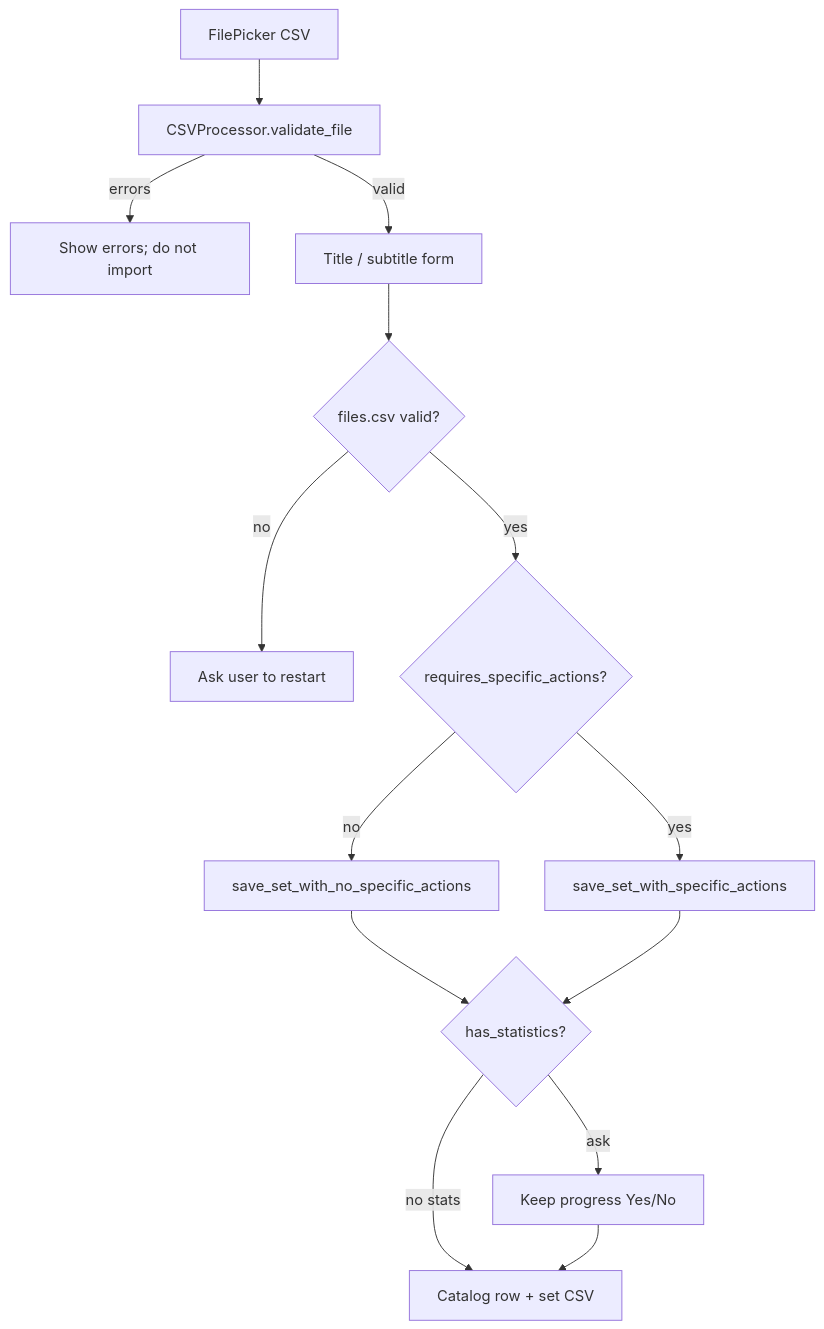
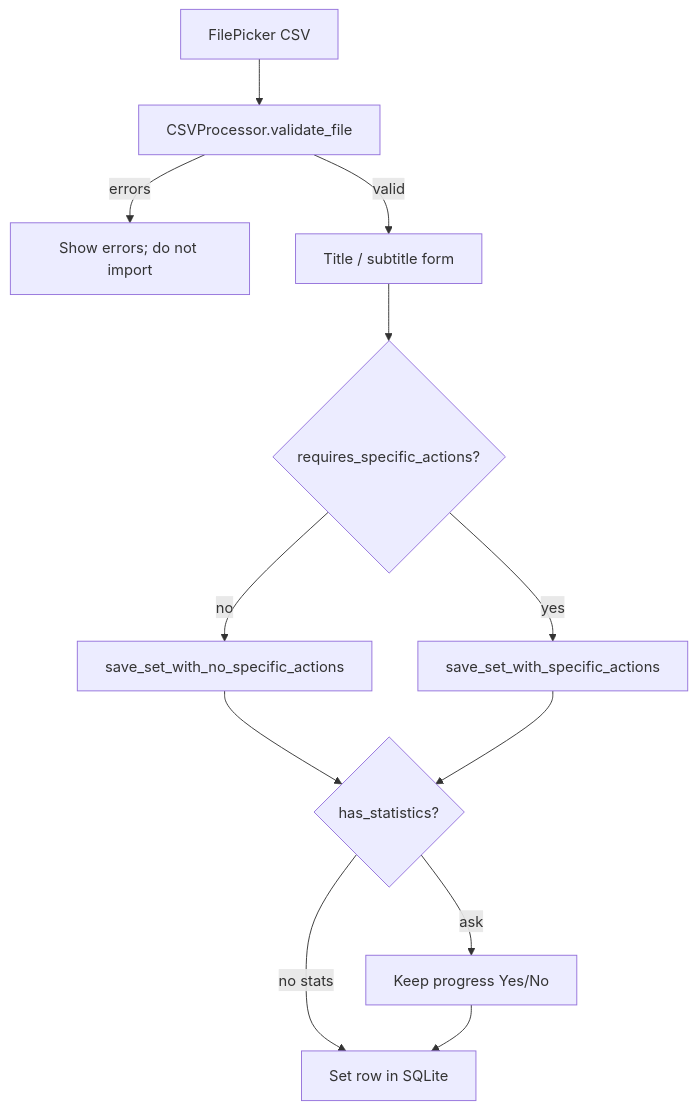
Before and after one commit to BartoszKog/my-first-learning-app: the diagram in docs/guides/import-export.md, drawn with Mermaid. The commit also changed other lines of this file and 27 other files, not shown here.

First line of the commit message:
Document the local SQLite store and keep CSV as the import format.

````diff
--- a/docs/guides/import-export.md
+++ b/docs/guides/import-export.md
@@ -14,16 +14,14 @@
 ```mermaid
 flowchart TD
     Pick[FilePicker CSV] --> Validate[CSVProcessor.validate_file]
     Validate -->|errors| Block[Show errors; do not import]
     Validate -->|valid| Form[Title / subtitle form]
-    Form --> CatalogOK{files.csv valid?}
-    CatalogOK -->|no| Restart[Ask user to restart]
-    CatalogOK -->|yes| Branch{requires_specific_actions?}
+    Form --> Branch{requires_specific_actions?}
     Branch -->|no| SaveSimple[save_set_with_no_specific_actions]
     Branch -->|yes| SaveFix[save_set_with_specific_actions]
     SaveSimple --> KeepStats{has_statistics?}
     SaveFix --> KeepStats
     KeepStats -->|ask| Dialog[Keep progress Yes/No]
-    KeepStats -->|no stats| Done[Catalog row + set CSV]
+    KeepStats -->|no stats| Done[Set row in SQLite]
     Dialog --> Done
 ```
````
